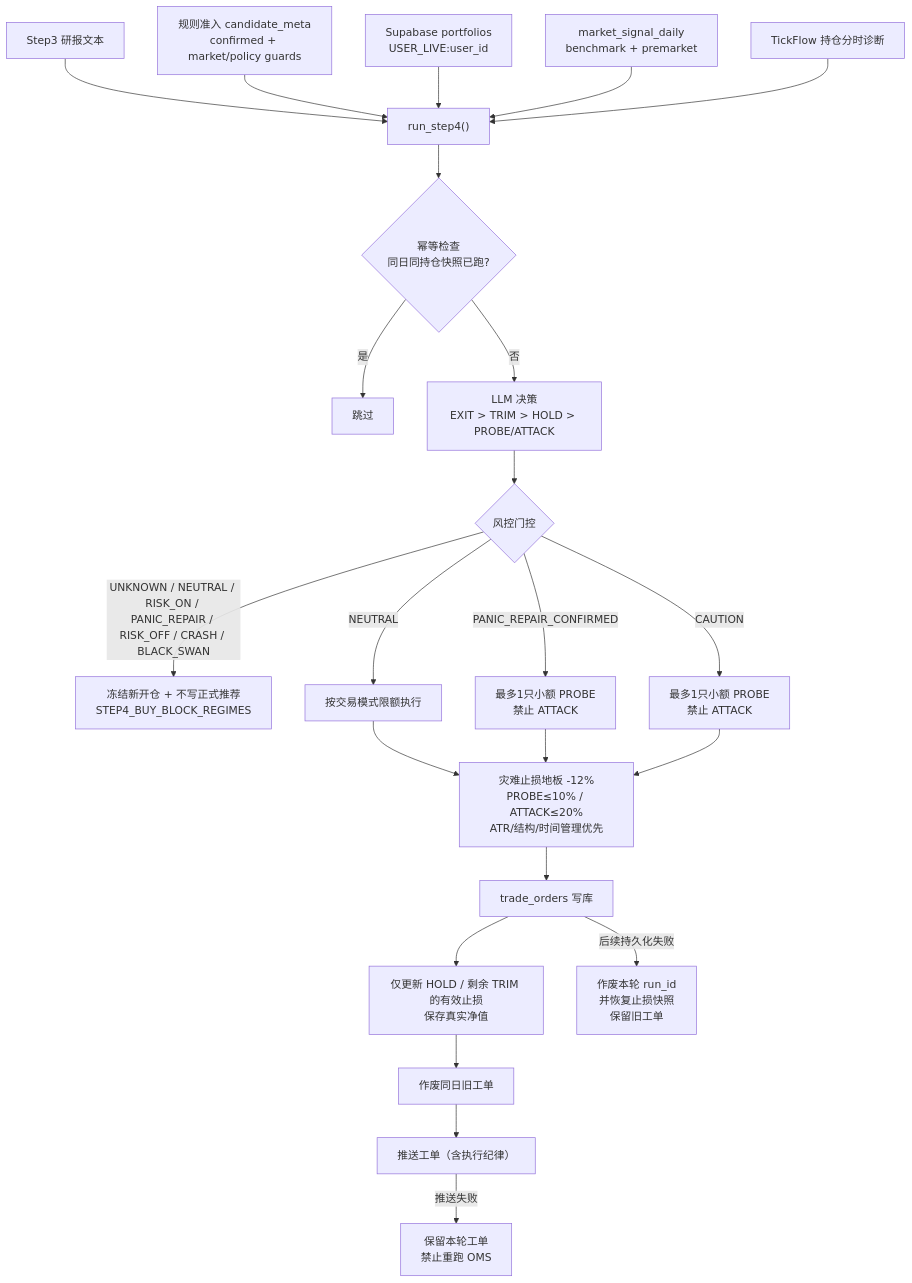
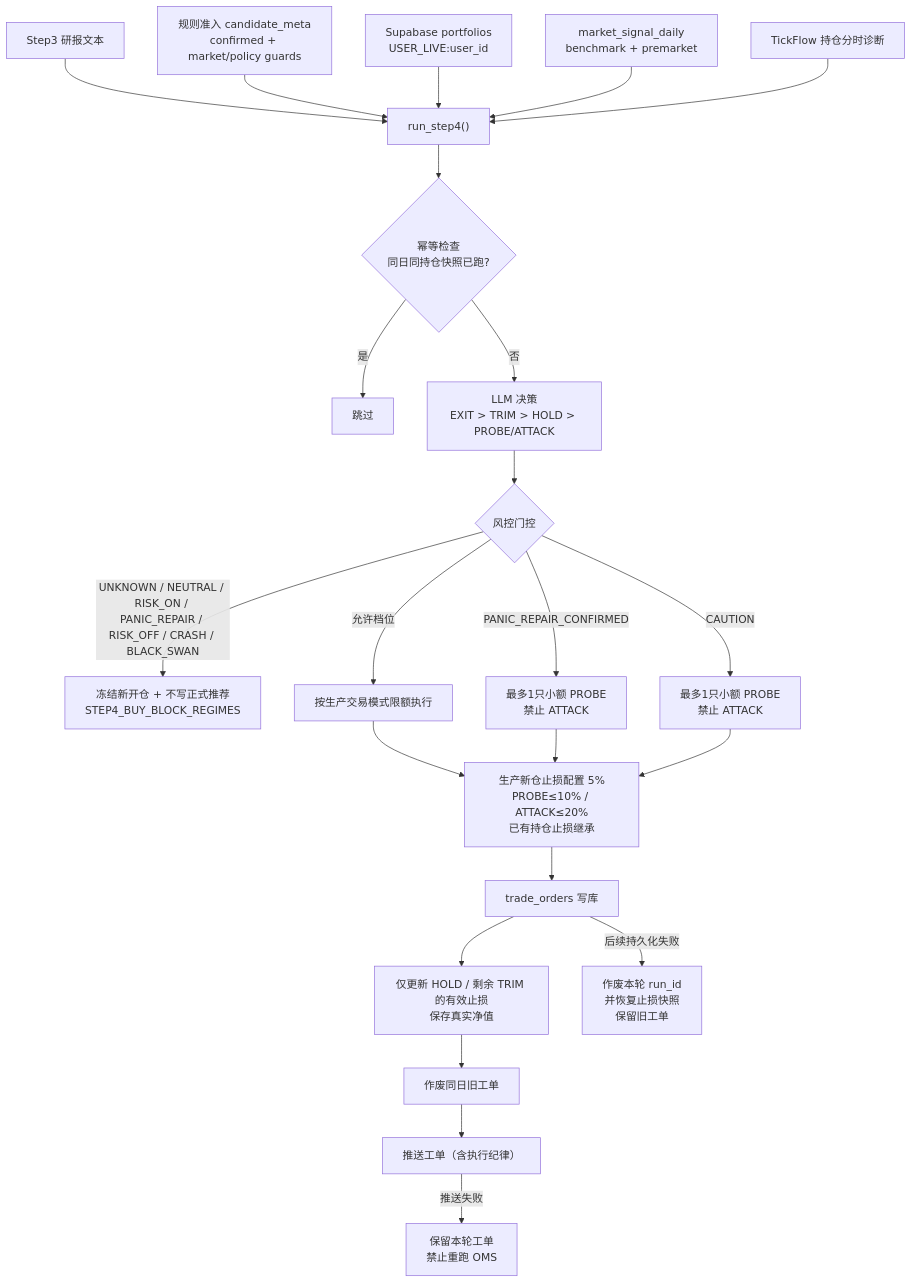
Before and after one commit to YoungCan-Wang/WyckoffTradingAgent: the fifth of 7 diagrams in docs/A_SHARE_FUNNEL_FLOW.md, drawn with Mermaid. The commit also changed other lines of this file and 62 other files, not shown here.

````diff
--- a/docs/A_SHARE_FUNNEL_FLOW.md
+++ b/docs/A_SHARE_FUNNEL_FLOW.md
@@ -361,28 +366,28 @@
 ```mermaid
 flowchart TD
     IN1["Step3 研报文本"] --> S4
     IN2["规则准入 candidate_meta<br/>confirmed + market/policy guards"] --> S4
     IN3["Supabase portfolios<br/>USER_LIVE:user_id"] --> S4
     IN4["market_signal_daily<br/>benchmark + premarket"] --> S4
     IN5["TickFlow 持仓分时诊断"] --> S4
 
     S4["run_step4()"] --> IDEM{"幂等检查<br/>同日同持仓快照已跑?"}
     IDEM -->|是| SKIP["跳过"]
     IDEM -->|否| LLM["LLM 决策<br/>EXIT > TRIM > HOLD > PROBE/ATTACK"]
 
     LLM --> RISK{"风控门控"}
 RISK -->|UNKNOWN / NEUTRAL / RISK_ON / PANIC_REPAIR / RISK_OFF / CRASH / BLACK_SWAN| BLOCK_BUY["冻结新开仓 + 不写正式推荐<br/>STEP4_BUY_BLOCK_REGIMES"]
 RISK -->|PANIC_REPAIR_CONFIRMED| REPAIR_PROBE["最多1只小额 PROBE<br/>禁止 ATTACK"]
     RISK -->|CAUTION| CAUTION_PROBE["最多1只小额 PROBE<br/>禁止 ATTACK"]
-    RISK -->|NEUTRAL| ALLOW["按交易模式限额执行"]
+    RISK -->|允许档位| ALLOW["按生产交易模式限额执行"]
 
-    ALLOW --> OMS["灾难止损地板 -12%<br/>PROBE≤10% / ATTACK≤20%<br/>ATR/结构/时间管理优先"]
+    ALLOW --> OMS["生产新仓止损配置 5%<br/>PROBE≤10% / ATTACK≤20%<br/>已有持仓止损继承"]
     REPAIR_PROBE --> OMS
     CAUTION_PROBE --> OMS
     OMS --> DB["trade_orders 写库"]
     DB --> AUX["仅更新 HOLD / 剩余 TRIM 的有效止损<br/>保存真实净值"]
     AUX --> OLD["作废同日旧工单"]
     OLD --> TG["推送工单（含执行纪律）"]
     DB -->|后续持久化失败| RB["作废本轮 run_id<br/>并恢复止损快照<br/>保留旧工单"]
     TG -->|推送失败| KEEP["保留本轮工单<br/>禁止重跑 OMS"]
 ```
````
